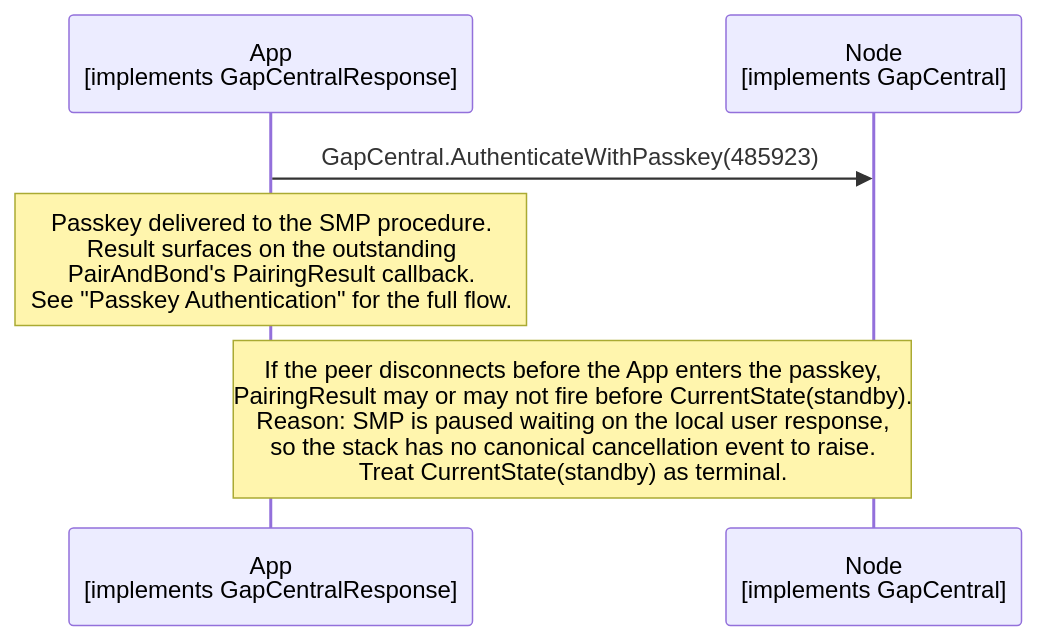
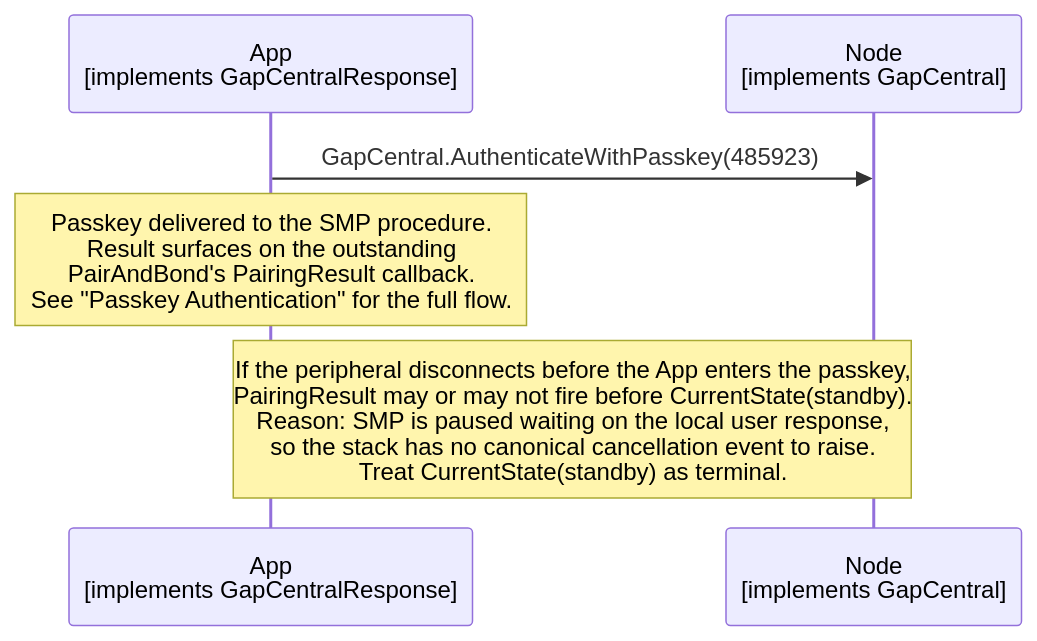
One commit to philips-software/amp-embedded-infra-lib changed the diagram in documents/modules/ROOT/partials/echoservices/gap_central/GapCentral_AuthenticateWithPasskey_sequence.mmd. Above: the diagram before and after it, drawn with Mermaid. The commit also changed 10 other files, not shown here.

Commit message:
peer -> peripheral naming

```diff
--- a/documents/modules/ROOT/partials/echoservices/gap_central/GapCentral_AuthenticateWithPasskey_sequence.mmd
+++ b/documents/modules/ROOT/partials/echoservices/gap_central/GapCentral_AuthenticateWithPasskey_sequence.mmd
@@ -1,8 +1,8 @@
 sequenceDiagram
     participant App as App<br>[implements GapCentralResponse]
     participant Node as Node<br>[implements GapCentral]
 
     App->>Node: GapCentral.AuthenticateWithPasskey(485923)
 
     Note over App: Passkey delivered to the SMP procedure.<br>Result surfaces on the outstanding<br>PairAndBond's PairingResult callback.<br>See "Passkey Authentication" for the full flow.
-    Note over App, Node: If the peer disconnects before the App enters the passkey,<br>PairingResult may or may not fire before CurrentState(standby).<br>Reason: SMP is paused waiting on the local user response,<br>so the stack has no canonical cancellation event to raise.<br>Treat CurrentState(standby) as terminal.
+    Note over App, Node: If the peripheral disconnects before the App enters the passkey,<br>PairingResult may or may not fire before CurrentState(standby).<br>Reason: SMP is paused waiting on the local user response,<br>so the stack has no canonical cancellation event to raise.<br>Treat CurrentState(standby) as terminal.
```
